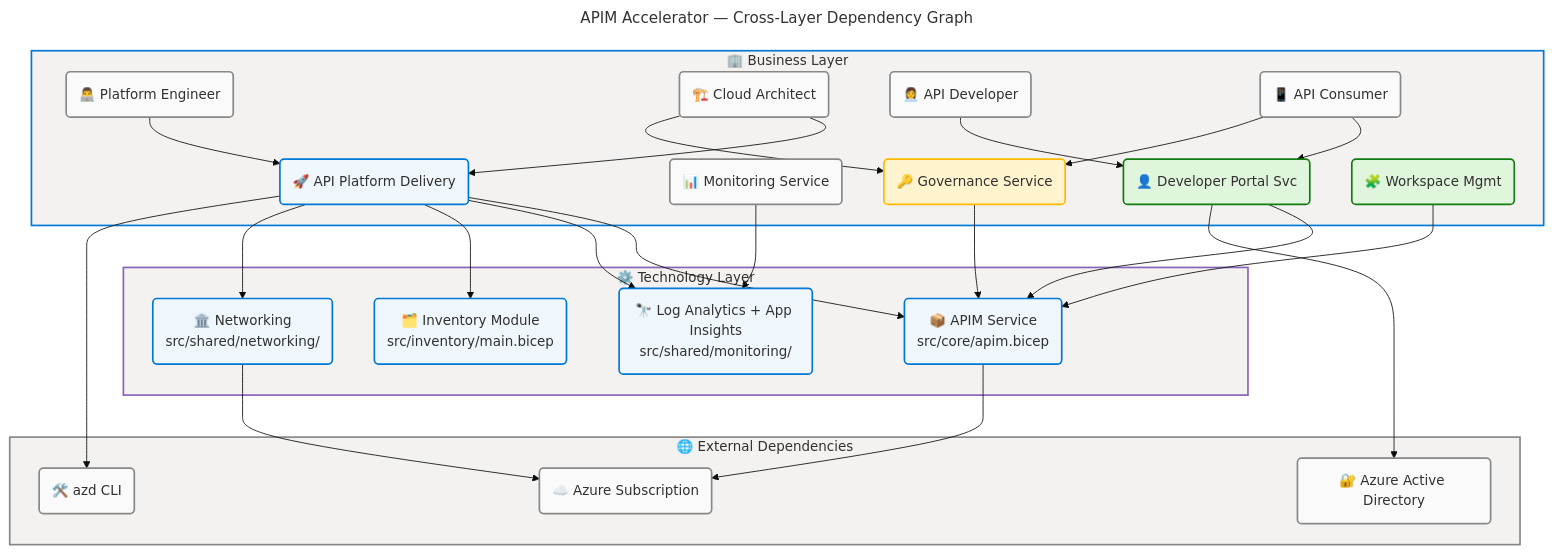
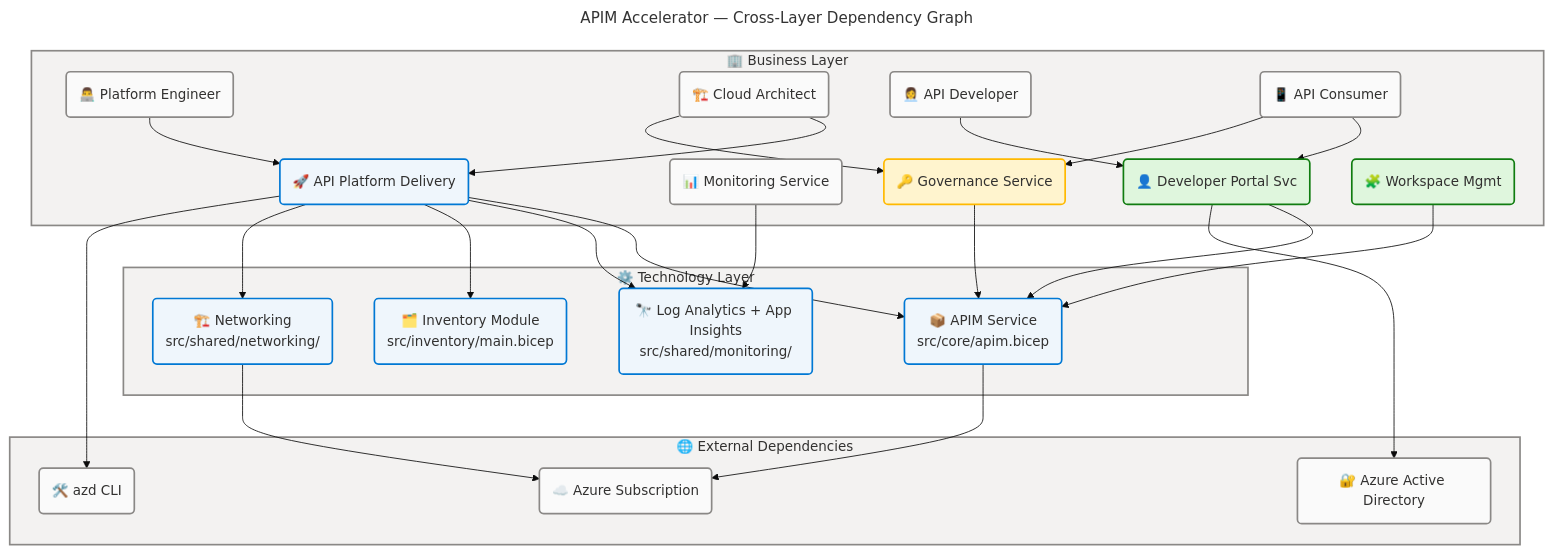
One commit to Evilazaro/APIM-Accelerator changed the sixth of 6 diagrams in docs/architecture/business-architecture.md. Above: the diagram before and after it, drawn with Mermaid. The commit also changed other lines of this file and 3 other files, not shown here.

````diff
--- a/docs/architecture/business-architecture.md
+++ b/docs/architecture/business-architecture.md
@@ -828,10 +823,10 @@
     %% ═══════════════════════════════════════════════════════════════════════════
 
     subgraph bizLayer["🏢 Business Layer"]
-        a1("👨‍💻 Platform Engineer"):::actor
-        a2("🏗️ Cloud Architect"):::actor
-        a3("👩‍💼 API Developer"):::actor
-        a4("📱 API Consumer"):::actor
+        a1("👨‍💻 Platform Engineer"):::neutral
+        a2("🏗️ Cloud Architect"):::neutral
+        a3("👩‍💼 API Developer"):::neutral
+        a4("📱 API Consumer"):::neutral
         bs1("🚀 API Platform Delivery"):::core
         bs2("📊 Monitoring Service"):::neutral
         bs3("🔑 Governance Service"):::warning
@@ -840,16 +835,16 @@
     end
 
     subgraph techLayer["⚙️ Technology Layer"]
-        t1("📦 APIM Service<br>src/core/apim.bicep"):::tech
-        t2("🔭 Log Analytics + App Insights<br>src/shared/monitoring/"):::tech
-        t3("🗂️ Inventory Module<br>src/inventory/main.bicep"):::tech
-        t4("🏛️ Networking<br>src/shared/networking/"):::tech
+        t1("📦 APIM Service<br>src/core/apim.bicep"):::core
+        t2("🔭 Log Analytics + App Insights<br>src/shared/monitoring/"):::core
+        t3("🗂️ Inventory Module<br>src/inventory/main.bicep"):::core
+        t4("🏗️ Networking<br>src/shared/networking/"):::core
     end
 
     subgraph extLayer["🌐 External Dependencies"]
-        e1("☁️ Azure Subscription"):::external
-        e2("🔐 Azure Active Directory"):::external
-        e3("🛠️ azd CLI"):::external
+        e1("☁️ Azure Subscription"):::neutral
+        e2("🔐 Azure Active Directory"):::neutral
+        e3("🛠️ azd CLI"):::neutral
     end
 
     a1 --> bs1
@@ -871,15 +866,12 @@
     bs4 --> e2
     bs1 --> e3
 
-    style bizLayer fill:#F3F2F1,stroke:#0078D4,stroke-width:2px,color:#323130
-    style techLayer fill:#F3F2F1,stroke:#8764B8,stroke-width:2px,color:#323130
+    style bizLayer fill:#F3F2F1,stroke:#8A8886,stroke-width:2px,color:#323130
+    style techLayer fill:#F3F2F1,stroke:#8A8886,stroke-width:2px,color:#323130
     style extLayer fill:#F3F2F1,stroke:#8A8886,stroke-width:2px,color:#323130
 
-    classDef actor fill:#FAFAFA,stroke:#8A8886,stroke-width:2px,color:#323130
     classDef core fill:#EFF6FC,stroke:#0078D4,stroke-width:2px,color:#323130
     classDef neutral fill:#FAFAFA,stroke:#8A8886,stroke-width:2px,color:#323130
     classDef warning fill:#FFF4CE,stroke:#FFB900,stroke-width:2px,color:#323130
     classDef success fill:#DFF6DD,stroke:#107C10,stroke-width:2px,color:#323130
-    classDef tech fill:#EFF6FC,stroke:#0078D4,stroke-width:2px,color:#323130
-    classDef external fill:#FAFAFA,stroke:#8A8886,stroke-width:2px,color:#323130
 ```
````
